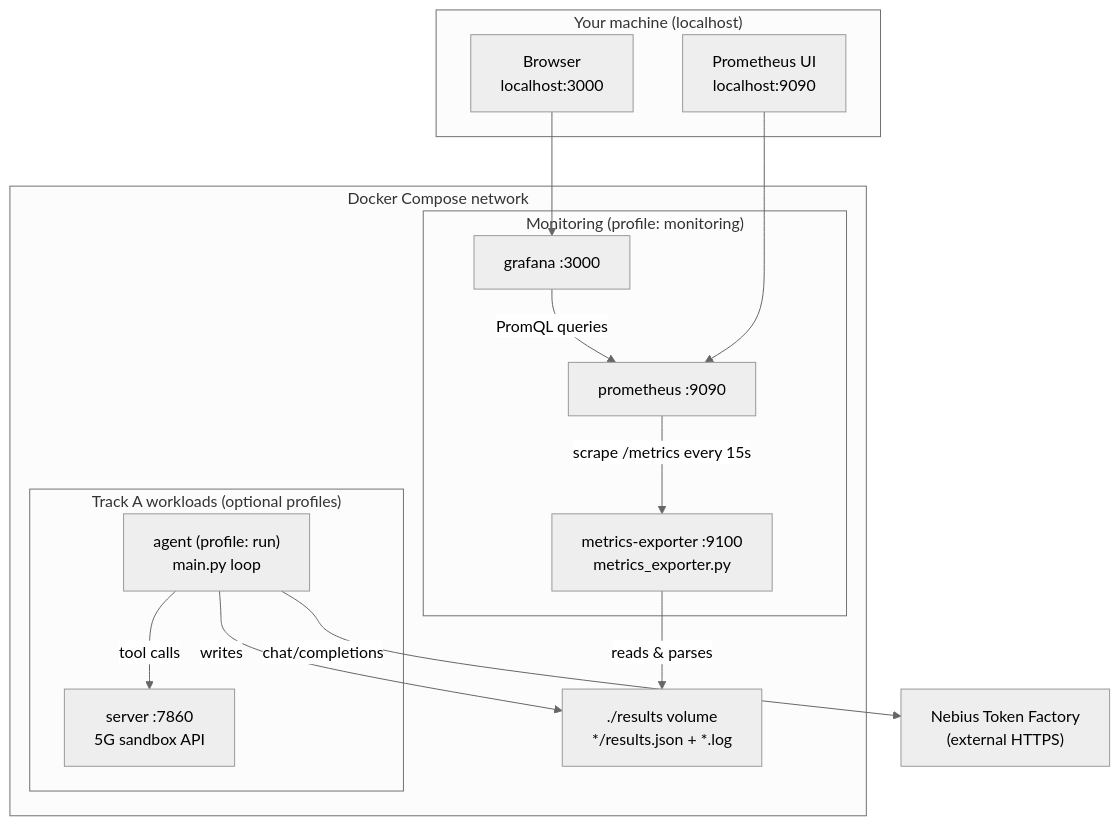
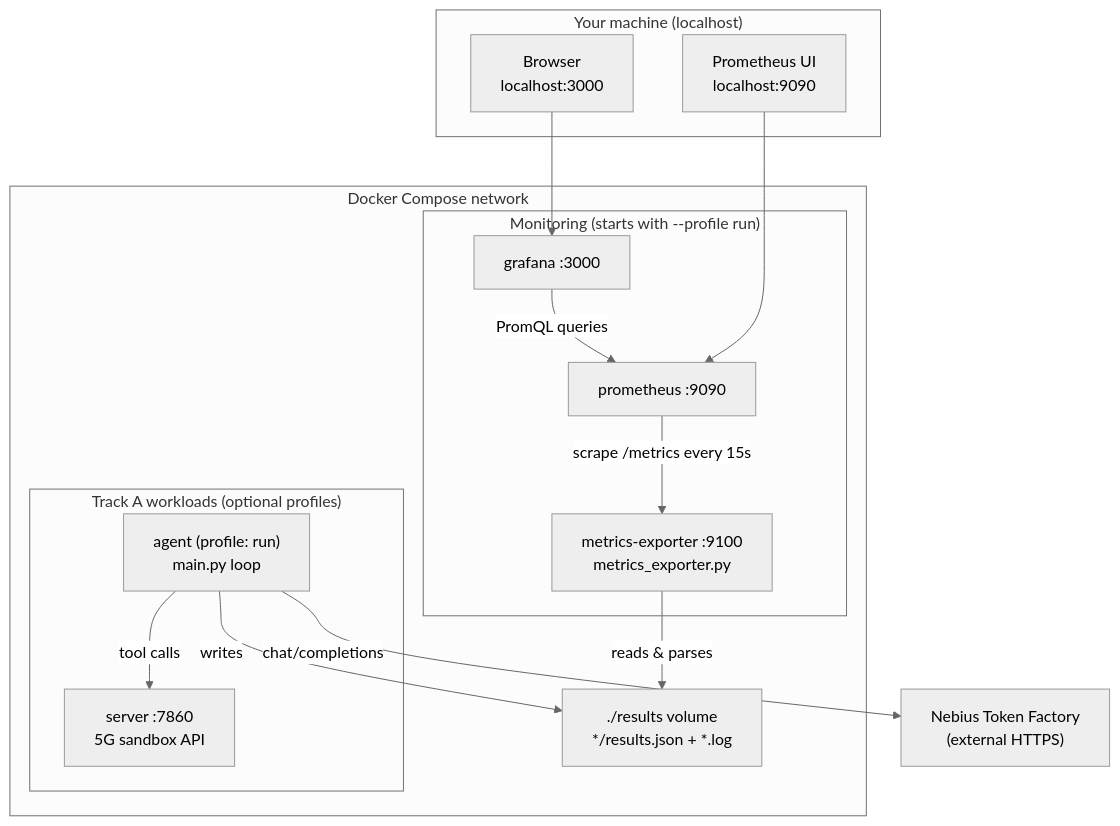
Before and after one commit to obieze375/telco-agentic-study-o.e: the diagram in Track A/MONITORING.md, drawn with Mermaid (neutral theme). The commit also changed other lines of this file and 3 other files, not shown here.

First line of the commit message:
fix: start monitoring automatically with --profile run

````diff
--- a/Track A/MONITORING.md
+++ b/Track A/MONITORING.md
@@ -31,35 +37,35 @@
 ```mermaid
 flowchart TB
     subgraph host["Your machine (localhost)"]
         BROWSER["Browser<br/>localhost:3000"]
         PROM_UI["Prometheus UI<br/>localhost:9090"]
     end
 
     subgraph docker["Docker Compose network"]
         subgraph track_a["Track A workloads (optional profiles)"]
             SERVER["server :7860<br/>5G sandbox API"]
             AGENT["agent (profile: run)<br/>main.py loop"]
         end
 
-        subgraph monitoring["Monitoring (profile: monitoring)"]
+        subgraph monitoring["Monitoring (starts with --profile run)"]
             EXP["metrics-exporter :9100<br/>metrics_exporter.py"]
             PROM["prometheus :9090"]
             GRAF["grafana :3000"]
         end
 
         VOL["./results volume<br/>*/results.json + *.log"]
     end
 
     LLM["Nebius Token Factory<br/>(external HTTPS)"]
 
     AGENT -->|"tool calls"| SERVER
     AGENT -->|"chat/completions"| LLM
     AGENT -->|"writes"| VOL
 
     EXP -->|"reads & parses"| VOL
     PROM -->|"scrape /metrics every 15s"| EXP
     GRAF -->|"PromQL queries"| PROM
 
     BROWSER --> GRAF
     PROM_UI --> PROM
 ```
````
